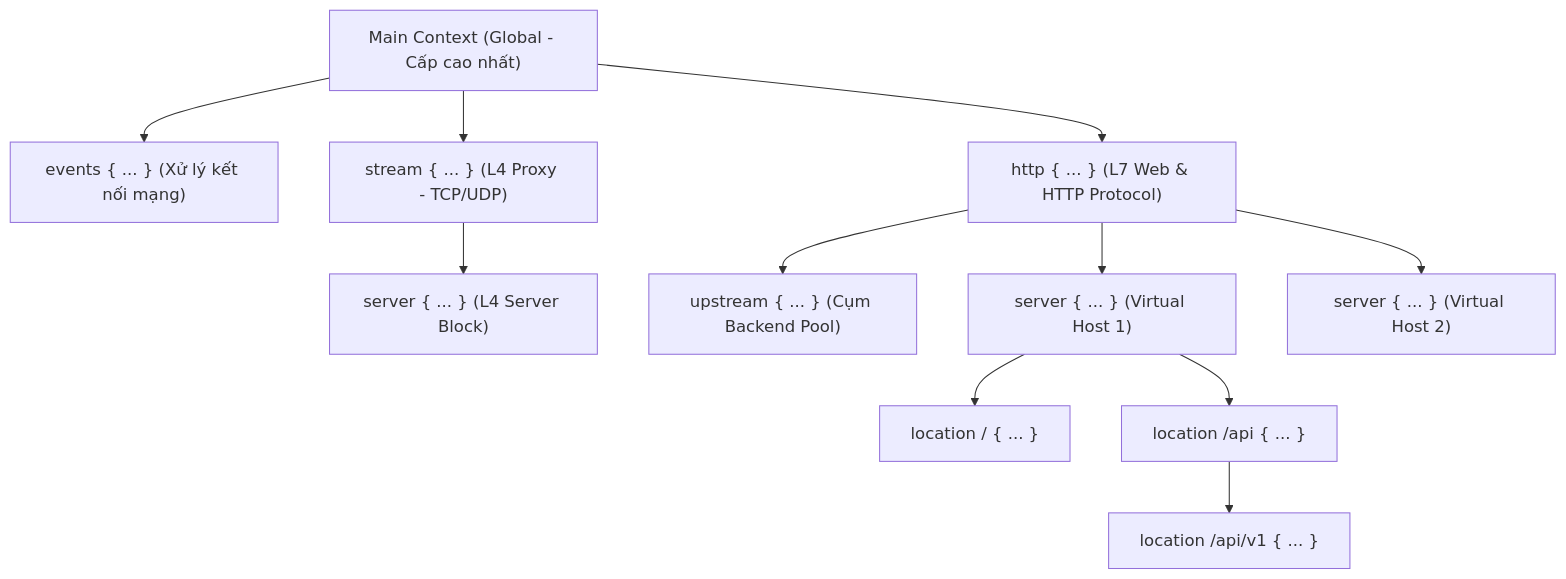
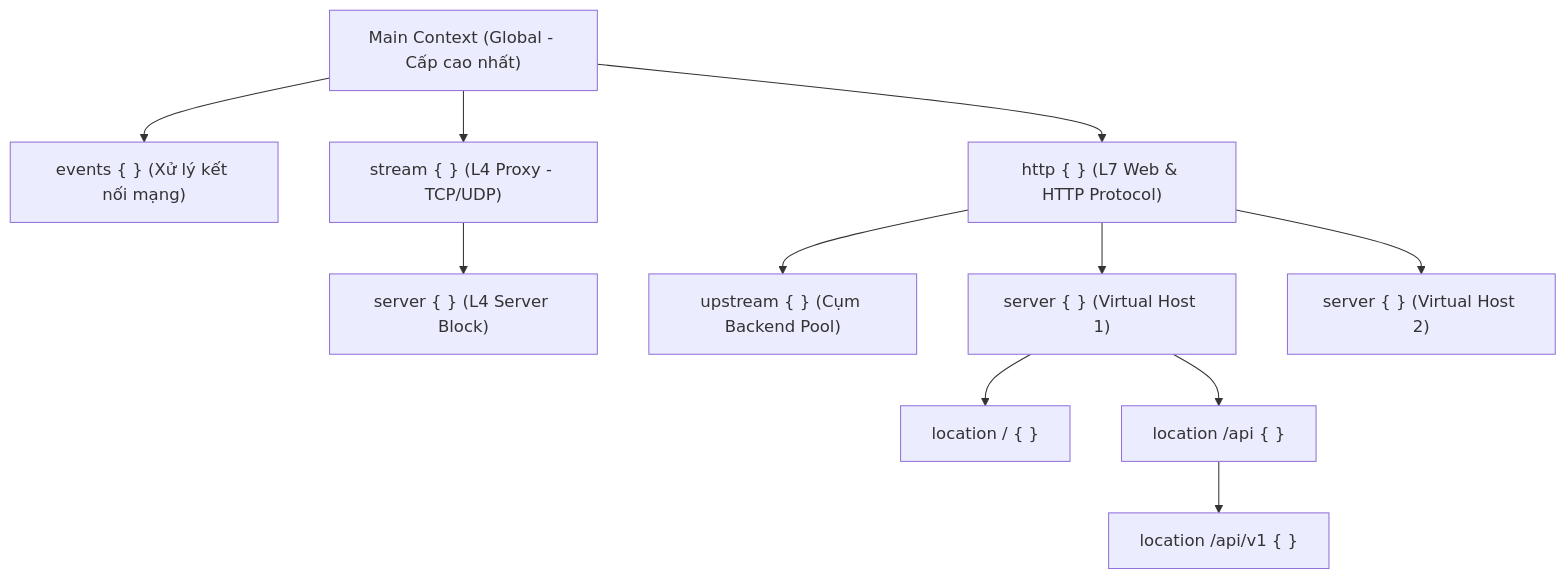
Before and after one commit to MaiTheHao/docs: the diagram in nginx/04_configuration_structure.md, drawn with Mermaid. The commit also changed other lines of this file and 10 other files, not shown here.

````diff
--- a/nginx/04_configuration_structure.md
+++ b/nginx/04_configuration_structure.md
@@ -42,19 +41,19 @@
 ```mermaid
 graph TD
     Main["Main Context (Global - Cấp cao nhất)"]
     
-    Main --> Events["events { ... } (Xử lý kết nối mạng)"]
-    Main --> Stream["stream { ... } (L4 Proxy - TCP/UDP)"]
-    Main --> HTTP["http { ... } (L7 Web & HTTP Protocol)"]
+    Main --> Events["events { } (Xử lý kết nối mạng)"]
+    Main --> Stream["stream { } (L4 Proxy - TCP/UDP)"]
+    Main --> HTTP["http { } (L7 Web & HTTP Protocol)"]
     
-    Stream --> StreamServer["server { ... } (L4 Server Block)"]
+    Stream --> StreamServer["server { } (L4 Server Block)"]
     
-    HTTP --> Upstream["upstream { ... } (Cụm Backend Pool)"]
-    HTTP --> HTTPServer1["server { ... } (Virtual Host 1)"]
-    HTTP --> HTTPServer2["server { ... } (Virtual Host 2)"]
+    HTTP --> Upstream["upstream { } (Cụm Backend Pool)"]
+    HTTP --> HTTPServer1["server { } (Virtual Host 1)"]
+    HTTP --> HTTPServer2["server { } (Virtual Host 2)"]
     
-    HTTPServer1 --> Location1["location / { ... }"]
-    HTTPServer1 --> Location2["location /api { ... }"]
+    HTTPServer1 --> Location1["location / { }"]
+    HTTPServer1 --> Location2["location /api { }"]
     
-    Location2 --> NestedLocation["location /api/v1 { ... }"]
+    Location2 --> NestedLocation["location /api/v1 { }"]
 ```
````
